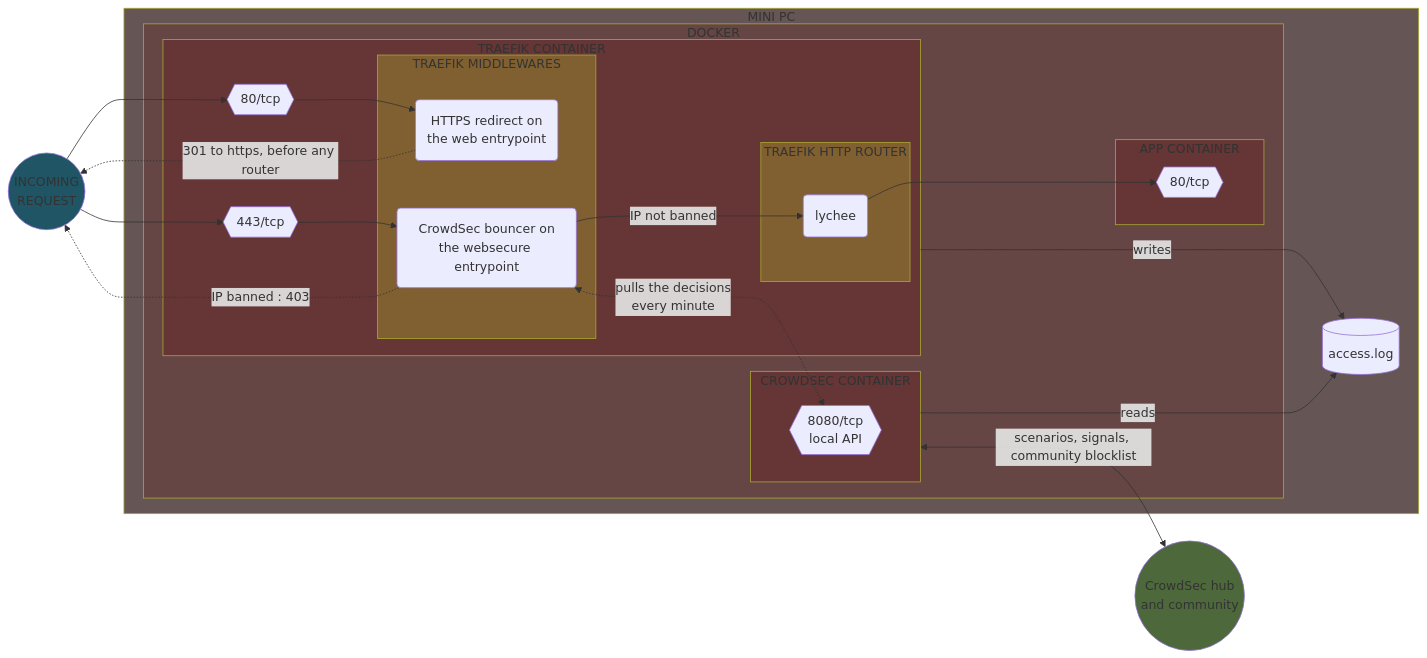
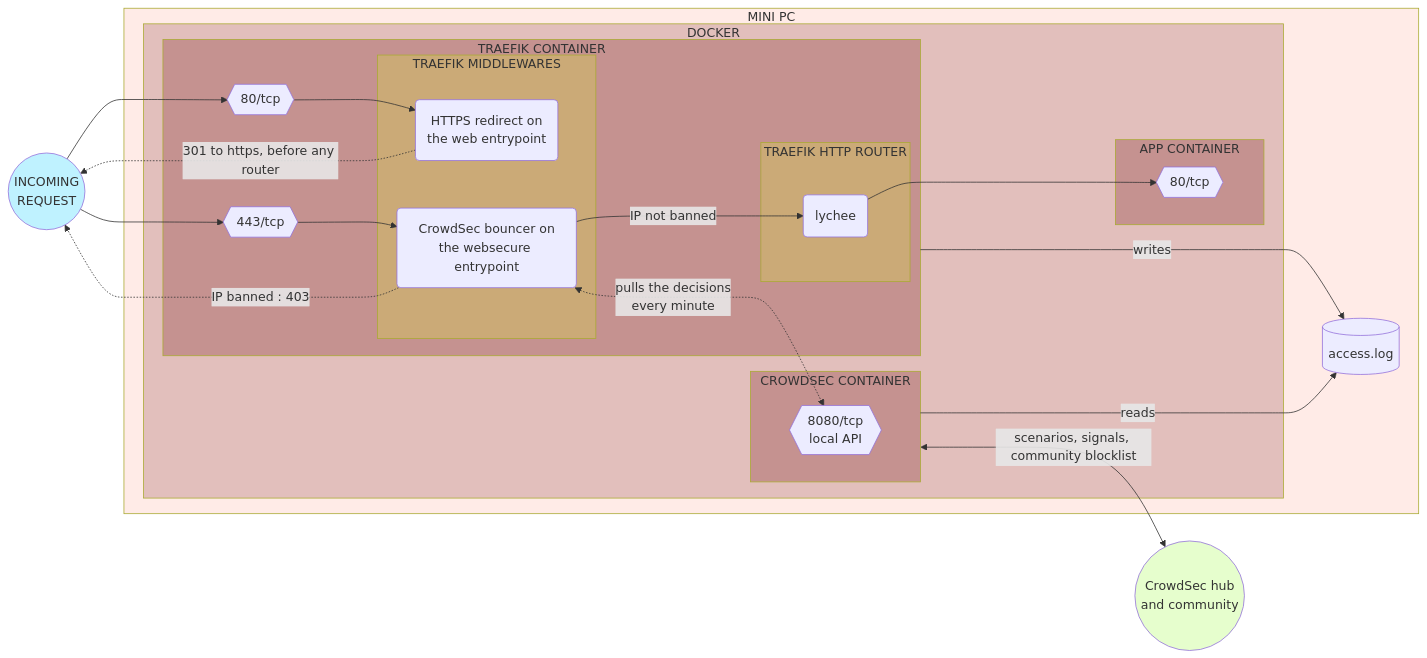
One commit to Yann39/self-hosted-n100 changed diagram 12 of 32 in README.md. Above: the diagram before and after it, drawn with Mermaid. The commit also changed other lines of this file and 1 other file, not shown here.

Commit message:
adapted diagrams so they display better in light mode

````diff
--- a/README.md
+++ b/README.md
@@ -3192,63 +3196,63 @@
 ```mermaid
 flowchart LR
-    style INCOMING_REQUEST fill: #205566
-    style TRAEFIK_CONTAINER fill: #663535
-    style APP_CONTAINER fill: #663535
-    style CROWDSEC_CONTAINER fill: #663535
-    style TRAEFIK_ROUTER fill: #806030
-    style TRAEFIK_MIDDLEWARE fill: #806030
-    style SERVER_DEVICE fill: #665555
-    style CONTAINER_ENGINE fill: #664545
-    style HUB fill: #4d683b
+    style INCOMING_REQUEST fill: #45d8ff57
+    style TRAEFIK_CONTAINER fill: #6601013c
+    style APP_CONTAINER fill: #6601013c
+    style CROWDSEC_CONTAINER fill: #6601013c
+    style TRAEFIK_ROUTER fill: #defc1e37
+    style TRAEFIK_MIDDLEWARE fill: #defc1e37
+    style SERVER_DEVICE fill: #fec9bf5e
+    style CONTAINER_ENGINE fill: #67010030
+    style HUB fill: #bbfd795e
     DOCKER_TRAEFIK_PORT443{{443/tcp}}
     DOCKER_TRAEFIK_PORT80{{80/tcp}}
     DOCKER_APP_PORT{{80/tcp}}
     DOCKER_CROWDSEC_PORT{{8080/tcp\nlocal API}}
     TRAEFIK_ROUTER_APP(lychee)
     TRAEFIK_MIDDLEWARE_REDIRECT(HTTPS redirect on<br>the web entrypoint)
     TRAEFIK_MIDDLEWARE_CROWDSEC(CrowdSec bouncer on<br>the websecure entrypoint)
     INCOMING_REQUEST((INCOMING\nREQUEST))
     HUB((CrowdSec hub\nand community))
 
     subgraph SERVER_DEVICE[MINI PC]
         subgraph CONTAINER_ENGINE[DOCKER]
             subgraph TRAEFIK_CONTAINER[TRAEFIK CONTAINER]
                 DOCKER_TRAEFIK_PORT443
                 DOCKER_TRAEFIK_PORT80
                 
                 subgraph TRAEFIK_MIDDLEWARE[TRAEFIK MIDDLEWARES]
                     TRAEFIK_MIDDLEWARE_REDIRECT
                     TRAEFIK_MIDDLEWARE_CROWDSEC
                 end
 
                 subgraph TRAEFIK_ROUTER[TRAEFIK HTTP ROUTER]
                     TRAEFIK_ROUTER_APP
                 end
             end
 
             subgraph APP_CONTAINER[APP CONTAINER]
                 DOCKER_APP_PORT
             end
 
             subgraph CROWDSEC_CONTAINER[CROWDSEC CONTAINER]
                 DOCKER_CROWDSEC_PORT
             end
         end
 
         ACCESS_LOG
     end
 
     INCOMING_REQUEST --> DOCKER_TRAEFIK_PORT443
     INCOMING_REQUEST --> DOCKER_TRAEFIK_PORT80
     DOCKER_TRAEFIK_PORT443 --> TRAEFIK_MIDDLEWARE_CROWDSEC
     DOCKER_TRAEFIK_PORT80 --> TRAEFIK_MIDDLEWARE_REDIRECT
     TRAEFIK_MIDDLEWARE_REDIRECT -.->|301 to https, before any router| INCOMING_REQUEST
     TRAEFIK_MIDDLEWARE_CROWDSEC -->|IP not banned| TRAEFIK_ROUTER_APP
     TRAEFIK_MIDDLEWARE_CROWDSEC -.->|IP banned : 403| INCOMING_REQUEST
     ACCESS_LOG[(access.log)]
     TRAEFIK_ROUTER_APP --> DOCKER_APP_PORT
     TRAEFIK_CONTAINER --->|writes| ACCESS_LOG
     CROWDSEC_CONTAINER --->|reads| ACCESS_LOG
     TRAEFIK_MIDDLEWARE_CROWDSEC <-.->|pulls the decisions<br>every minute| DOCKER_CROWDSEC_PORT
     CROWDSEC_CONTAINER <-->|scenarios, signals, community blocklist| HUB
 ```
````
